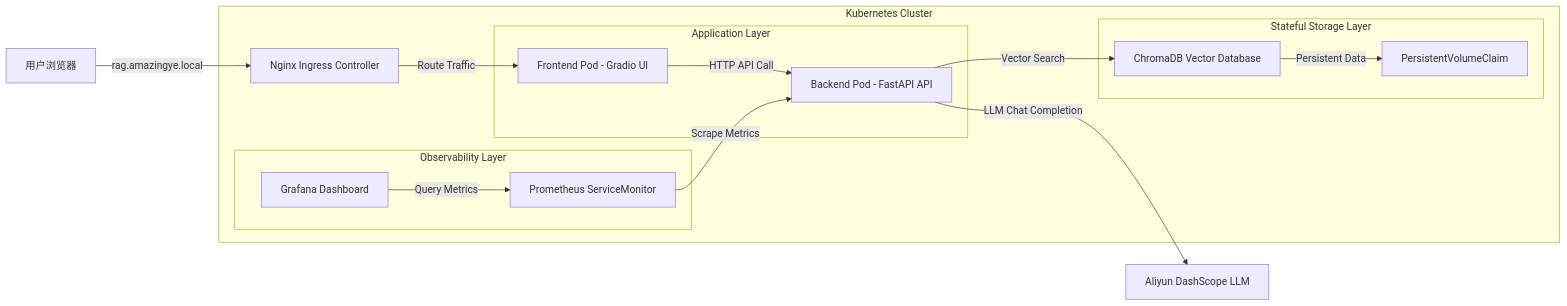
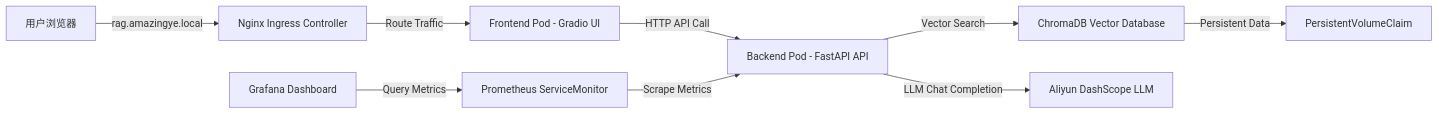
Before and after one commit to AmazingYe-oss/edu-rag-bot: the diagram in README.md, drawn with Mermaid.

Commit message:
Refactor flowchart in README.md for clarity
Removed unnecessary subgraphs from the flowchart and streamlined the representation of components.

````diff
--- a/README.md
+++ b/README.md
@@ -27,36 +27,21 @@
 ```mermaid
 flowchart LR
     Client["用户浏览器"]
-
-    subgraph K8sCluster["Kubernetes Cluster"]
-        Ingress["Nginx Ingress Controller"]
-
-        subgraph AppLayer["Application Layer"]
-            UI["Frontend Pod - Gradio UI"]
-            API["Backend Pod - FastAPI API"]
-        end
-
-        subgraph StorageLayer["Stateful Storage Layer"]
-            ChromaDB["ChromaDB Vector Database"]
-            PVC["PersistentVolumeClaim"]
-        end
-
-        subgraph ObservabilityLayer["Observability Layer"]
-            Prometheus["Prometheus ServiceMonitor"]
-            Grafana["Grafana Dashboard"]
-        end
-    end
-
+    Ingress["Nginx Ingress Controller"]
+    UI["Frontend Pod - Gradio UI"]
+    API["Backend Pod - FastAPI API"]
+    ChromaDB["ChromaDB Vector Database"]
+    PVC["PersistentVolumeClaim"]
     LLM["Aliyun DashScope LLM"]
+    Prometheus["Prometheus ServiceMonitor"]
+    Grafana["Grafana Dashboard"]
 
     Client -->|"rag.amazingye.local"| Ingress
     Ingress -->|"Route Traffic"| UI
     UI -->|"HTTP API Call"| API
-
     API -->|"Vector Search"| ChromaDB
     ChromaDB -->|"Persistent Data"| PVC
     API -->|"LLM Chat Completion"| LLM
-
     Prometheus -->|"Scrape Metrics"| API
     Grafana -->|"Query Metrics"| Prometheus
 ```
````
